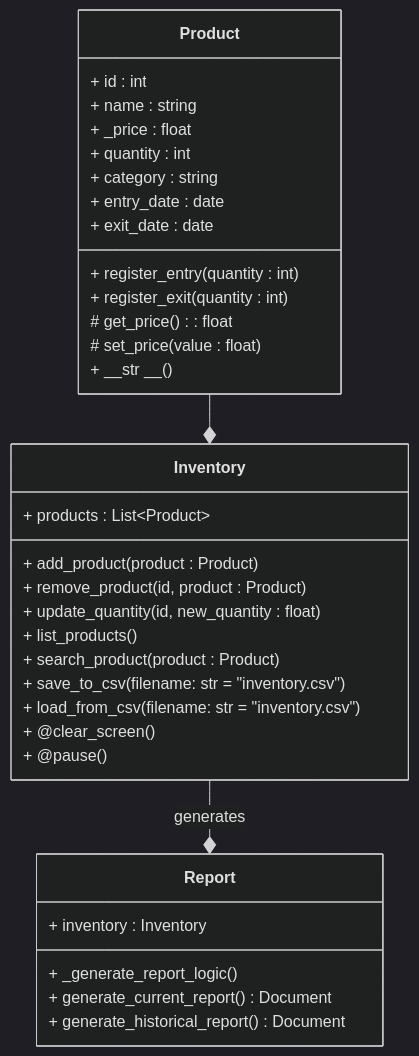
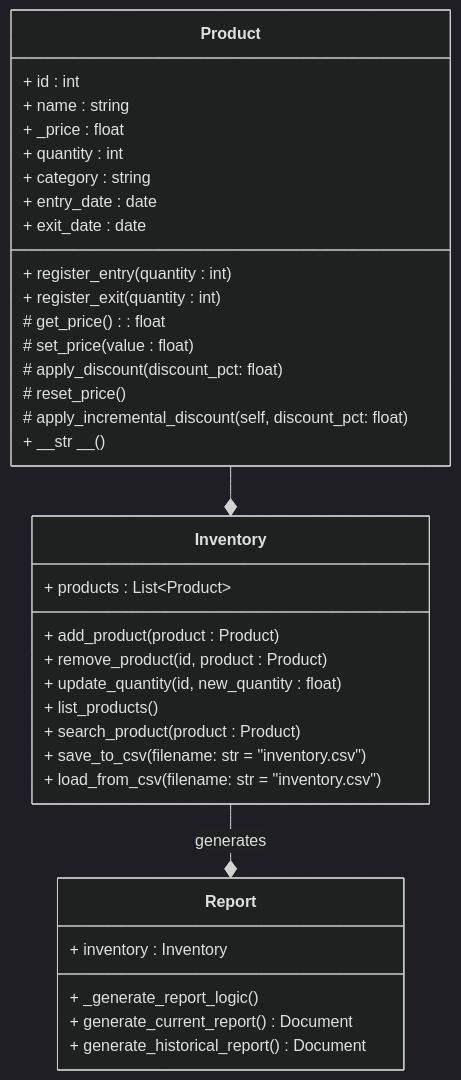
One commit to lucholopez1/LogiStock- changed the diagram in README.md. Above: the diagram before and after it, drawn with Mermaid (dark theme).

````diff
--- a/README.md
+++ b/README.md
@@ -31,40 +31,41 @@
 ``` mermaid
 classDiagram
     class Product {
         + id : int
         + name : string
         + _price : float
         + quantity : int
         + category : string
         + entry_date : date
         + exit_date : date
         + register_entry(quantity : int)
         + register_exit(quantity : int)
         # get_price() : float
         # set_price(value : float)
+        # apply_discount(discount_pct: float)
+        # reset_price()
+        # apply_incremental_discount(self, discount_pct: float)
         + __str __()
     }
 
     class Inventory {
         + products : List~Product~ 
         + add_product(product : Product)
         + remove_product(id, product : Product)
         + update_quantity(id, new_quantity : float)
         + list_products()
         + search_product(product : Product)
         + save_to_csv(filename: str = "inventory.csv")
         + load_from_csv(filename: str = "inventory.csv")
-        + @clear_screen()
-        + @pause()
     }
 
     class Report {
         + inventory : Inventory
         + _generate_report_logic()
         + generate_current_report() Document
         + generate_historical_report() Document
     }
 
     Product --* Inventory
     Inventory --* Report : generates
 ```
````
